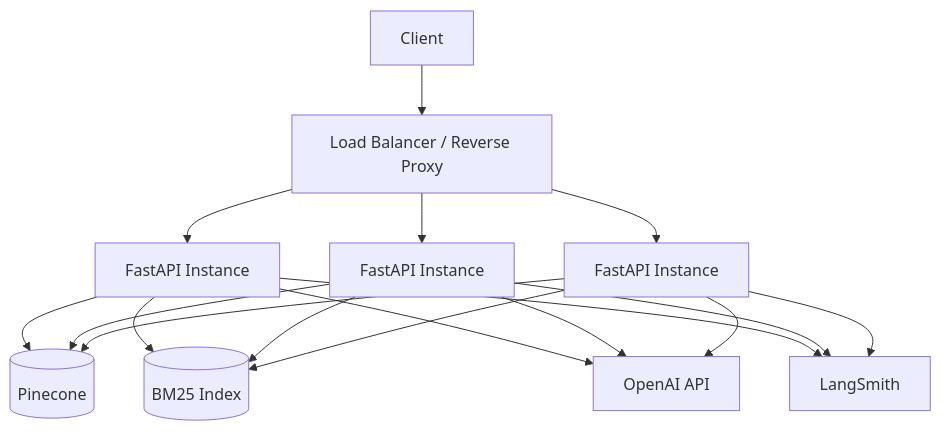
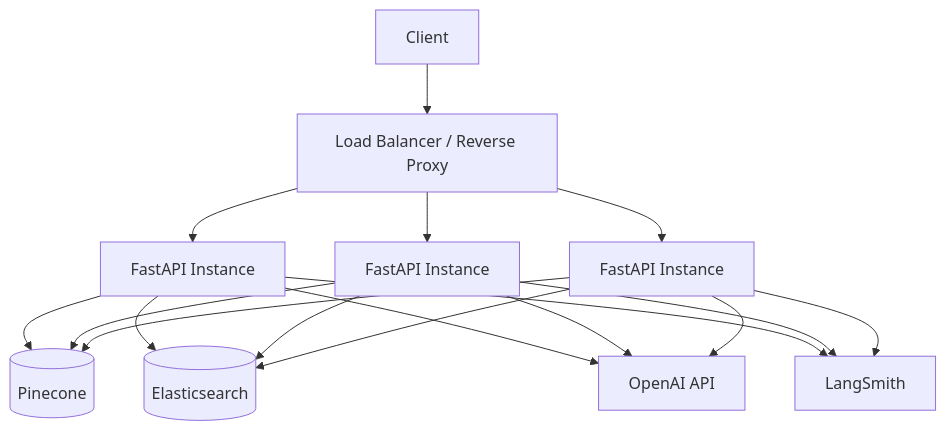
Diagram 30 of 33 in docs/ARCHITECTURE.md (AdithyaGopakumar/Advanced-RAG-Banking), drawn with Mermaid before and after one commit. The commit also changed other lines of this file and 8 other files, not shown here.

````diff
--- a/docs/ARCHITECTURE.md
+++ b/docs/ARCHITECTURE.md
@@ -1104,24 +1103,24 @@
 ``` mermaid
 flowchart TB
     Client["Client"] --> LB["Load Balancer / Reverse Proxy"]
 
     LB --> API1["FastAPI Instance"]
     LB --> API2["FastAPI Instance"]
     LB --> APIN["FastAPI Instance"]
 
     API1 --> Pinecone[("Pinecone")]
     API2 --> Pinecone
     APIN --> Pinecone
 
-    API1 --> BM25[("BM25 Index")]
-    API2 --> BM25
-    APIN --> BM25
+    API1 --> Elasticsearch[("Elasticsearch")]
+    API2 --> Elasticsearch
+    APIN --> Elasticsearch
 
     API1 --> LLM["OpenAI API"]
     API2 --> LLM
     APIN --> LLM
 
     API1 --> LangSmith["LangSmith"]
     API2 --> LangSmith
     APIN --> LangSmith
 ```
````
